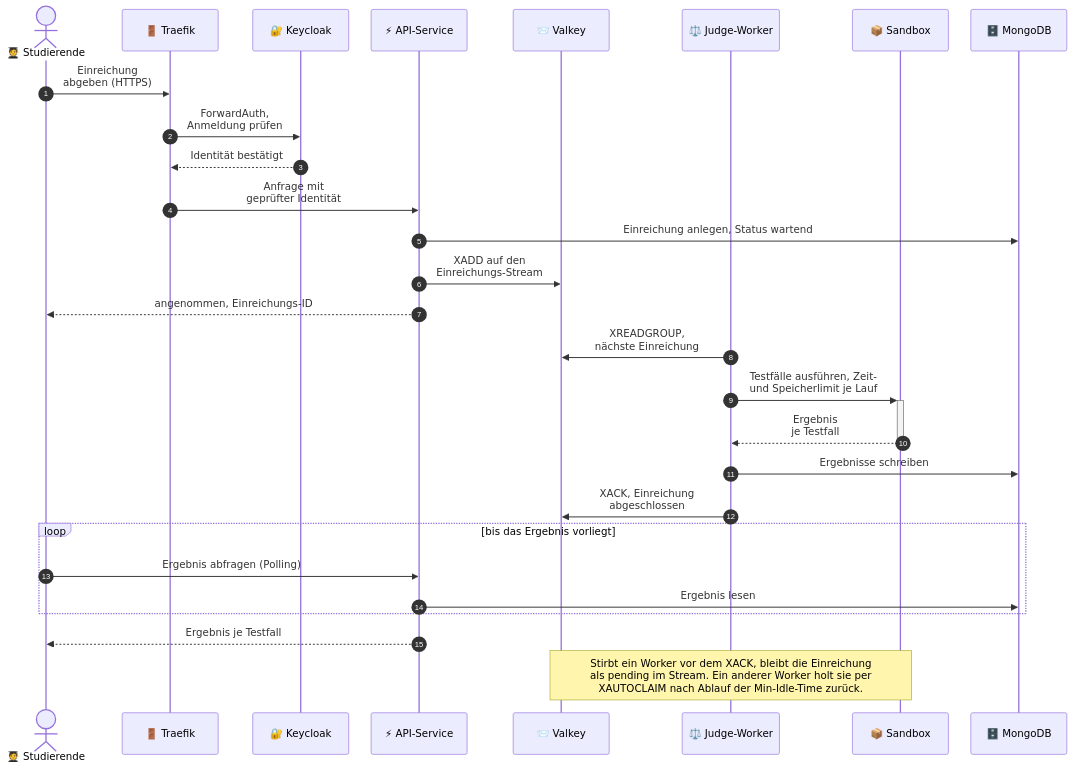
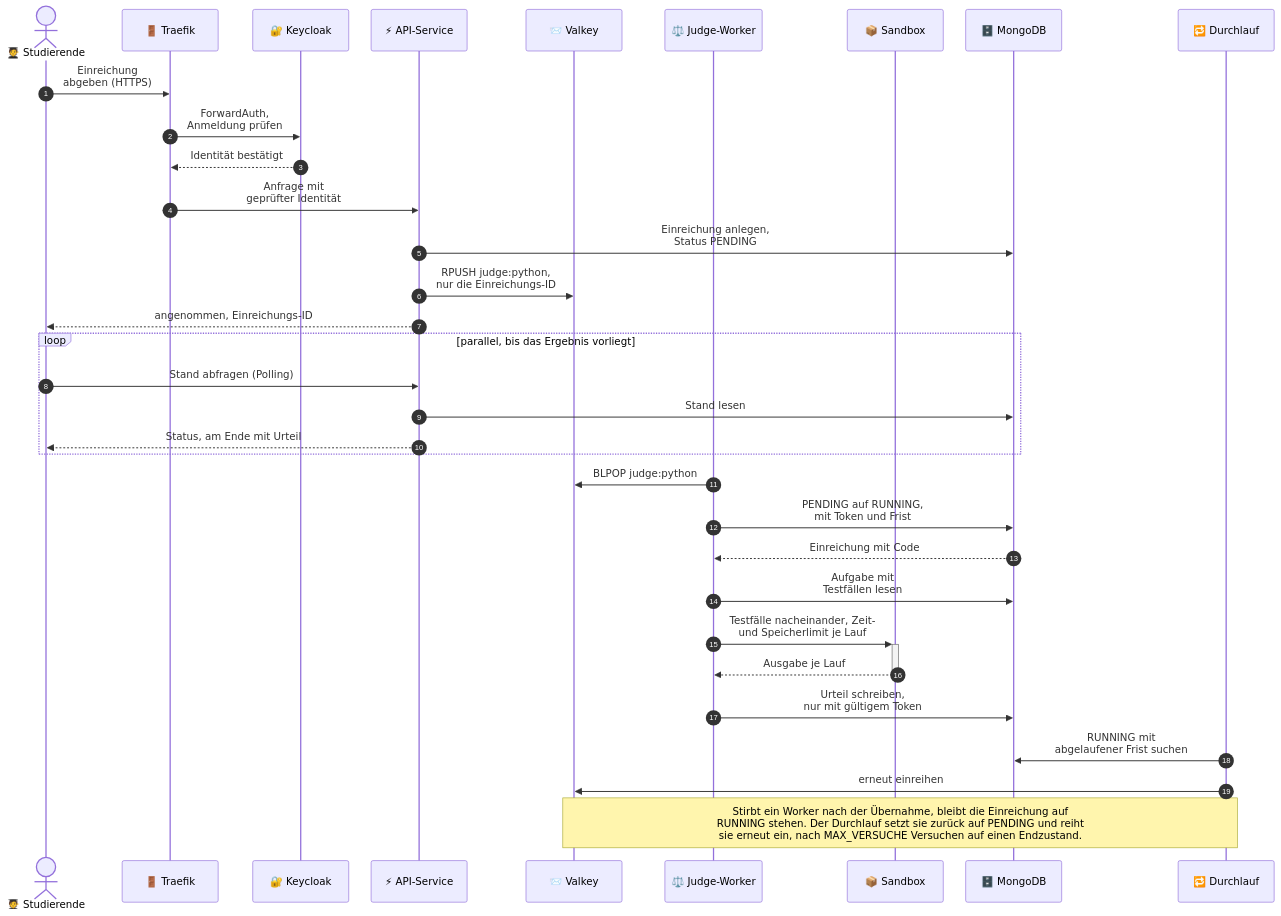
The diagram in docs/diagramme/datenfluss.mmd (litithio/Online-Judge-Cloud), drawn with Mermaid before and after one commit. The commit also changed 3 other files, not shown here.

First line of the commit message:
Diagramme: Warteschlange je Sprache statt Stream

```diff
--- a/docs/diagramme/datenfluss.mmd
+++ b/docs/diagramme/datenfluss.mmd
@@ -1,45 +1,50 @@
 ---
 # Feste Schrift: mermaid bemisst die Kästen mit der Schrift, die beim
 # Rendern verfügbar ist. Weicht die Anzeigeschrift ab, laufen Texte über
 # die Ränder.
 config:
   fontFamily: Arial, Helvetica, sans-serif
   # Der Notiz-Kasten liegt exakt auf der vermessenen Textbreite, ohne
   # Innenabstand. Die etwas kleinere Schrift schafft die Luft; !important,
   # weil der Text eine Inline-Schriftgröße trägt.
   themeCSS: ".noteText { font-size: 14px !important; }"
   # Enger als der Default (50): Das Diagramm wird im README auf
   # Spaltenbreite skaliert, jeder gesparte Querpixel macht die Schrift
   # dort größer.
   sequence:
     actorMargin: 35
 ---
 sequenceDiagram
     autonumber
     actor S as 🧑‍🎓 Studierende
     participant T as 🚪 Traefik
     participant K as 🔐 Keycloak
     participant A as ⚡ API-Service
     participant V as 📨 Valkey
     participant W as ⚖️ Judge-Worker
     participant B as 📦 Sandbox
     participant M as 🗄️ MongoDB
+    participant D as 🔁 Durchlauf
 
     S->>T: Einreichung<br/>abgeben (HTTPS)
     T->>K: ForwardAuth,<br/>Anmeldung prüfen
     K-->>T: Identität bestätigt
     T->>A: Anfrage mit<br/>geprüfter Identität
-    A->>M: Einreichung anlegen, Status wartend
-    A->>V: XADD auf den<br/>Einreichungs-Stream
+    A->>M: Einreichung anlegen,<br/>Status PENDING
+    A->>V: RPUSH judge:python,<br/>nur die Einreichungs-ID
     A-->>S: angenommen, Einreichungs-ID
-    W->>V: XREADGROUP,<br/>nächste Einreichung
-    W->>+B: Testfälle ausführen, Zeit-<br/>und Speicherlimit je Lauf
-    B-->>-W: Ergebnis<br/>je Testfall
-    W->>M: Ergebnisse schreiben
-    W->>V: XACK, Einreichung<br/>abgeschlossen
-    loop bis das Ergebnis vorliegt
-        S->>A: Ergebnis abfragen (Polling)
-        A->>M: Ergebnis lesen
+    loop parallel, bis das Ergebnis vorliegt
+        S->>A: Stand abfragen (Polling)
+        A->>M: Stand lesen
+        A-->>S: Status, am Ende mit Urteil
     end
-    A-->>S: Ergebnis je Testfall
-    Note over V,B: Stirbt ein Worker vor dem XACK, bleibt die Einreichung<br/>als pending im Stream. Ein anderer Worker holt sie per<br/>XAUTOCLAIM nach Ablauf der Min-Idle-Time zurück.
+    W->>V: BLPOP judge:python
+    W->>M: PENDING auf RUNNING,<br/>mit Token und Frist
+    M-->>W: Einreichung mit Code
+    W->>M: Aufgabe mit<br/>Testfällen lesen
+    W->>+B: Testfälle nacheinander, Zeit-<br/>und Speicherlimit je Lauf
+    B-->>-W: Ausgabe je Lauf
+    W->>M: Urteil schreiben,<br/>nur mit gültigem Token
+    D->>M: RUNNING mit<br/>abgelaufener Frist suchen
+    D->>V: erneut einreihen
+    Note over V,D: Stirbt ein Worker nach der Übernahme, bleibt die Einreichung auf<br/>RUNNING stehen. Der Durchlauf setzt sie zurück auf PENDING und reiht<br/>sie erneut ein, nach MAX_VERSUCHE Versuchen auf einen Endzustand.
```
